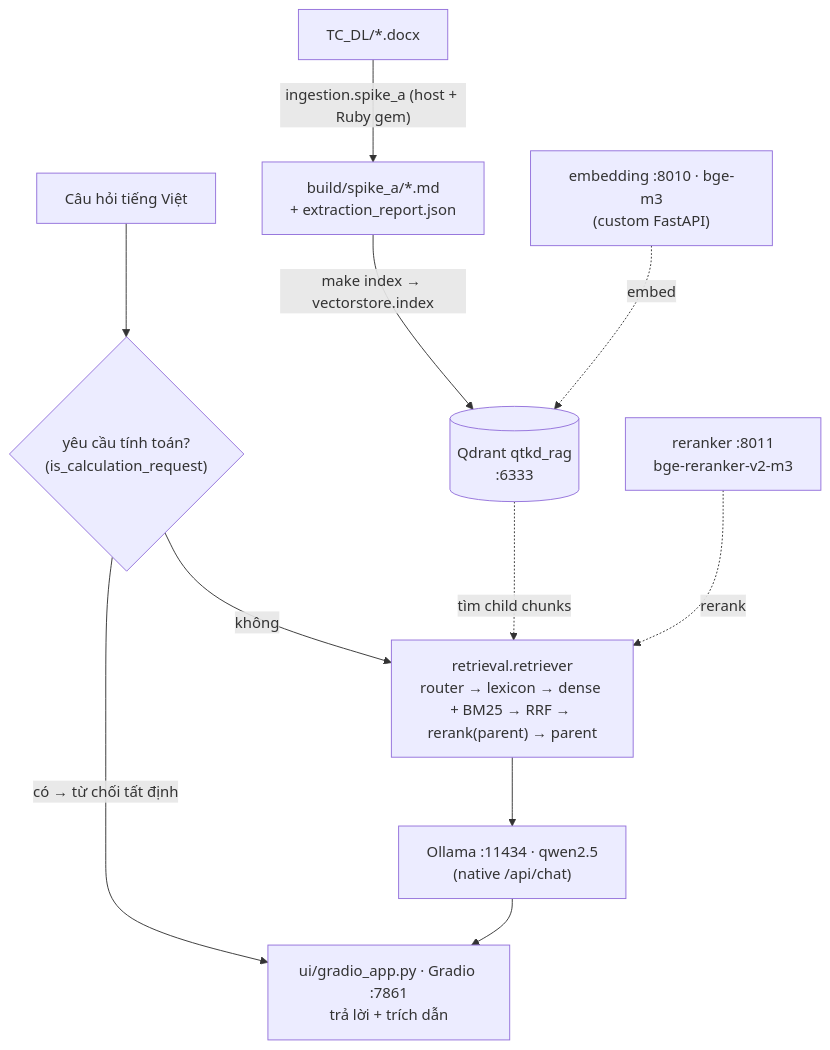
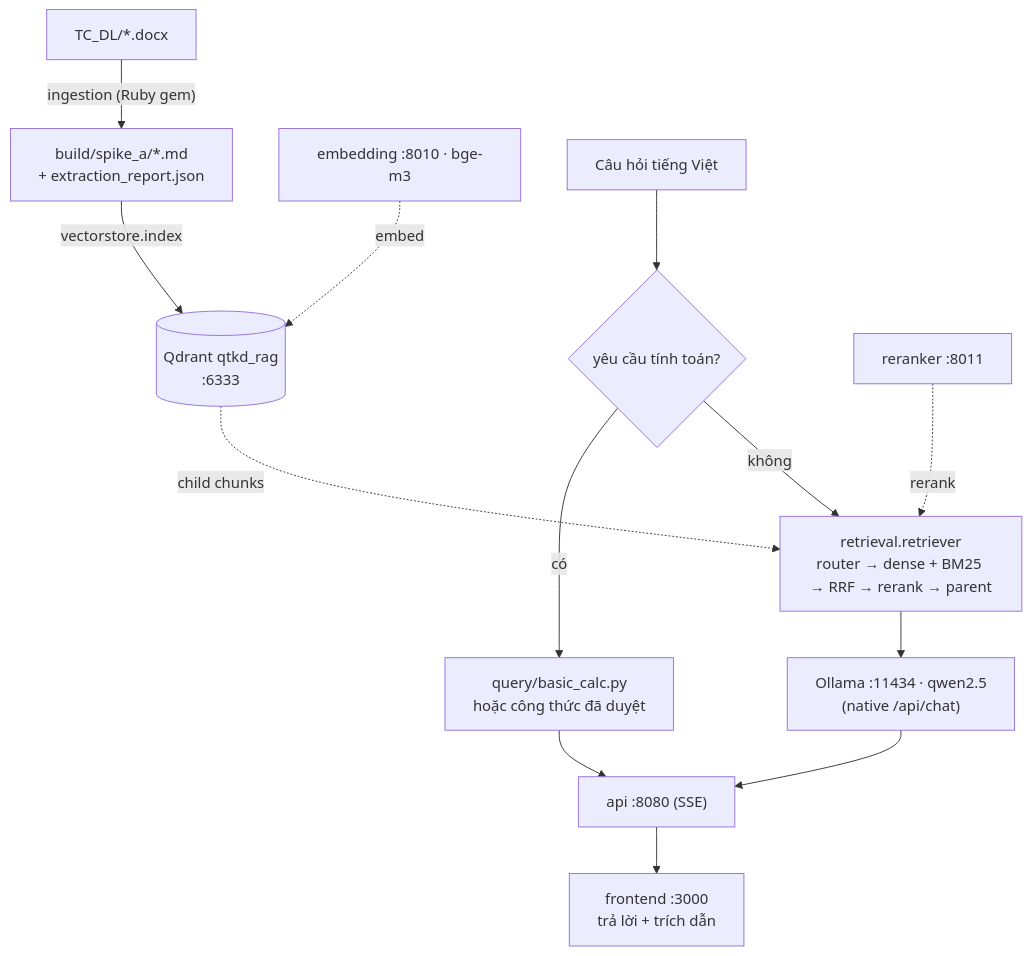
The diagram in README.md (justtuananh/RAG-TC-DL), drawn with Mermaid before and after one commit. The commit also changed other lines of this file and 3 other files, not shown here.

Commit message:
docs: cập nhật README; thêm bộ 500 câu hỏi kiểm tra tài liệu

````diff
--- a/README.md
+++ b/README.md
@@ -214,13 +276,15 @@
 ```mermaid
 flowchart TB
-    D["TC_DL/*.docx"] -->|"ingestion.spike_a (host + Ruby gem)"| MD["build/spike_a/*.md<br/>+ extraction_report.json"]
-    MD -->|"make index → vectorstore.index"| QD[("Qdrant qtkd_rag<br/>:6333")]
-    EMB["embedding :8010 · bge-m3<br/>(custom FastAPI)"] -. embed .-> QD
-    Q["Câu hỏi tiếng Việt"] --> GUARD{"yêu cầu tính toán?<br/>(is_calculation_request)"}
-    GUARD -->|"có → từ chối tất định"| APP
-    GUARD -->|"không"| RET["retrieval.retriever<br/>router → lexicon → dense + BM25 → RRF → rerank(parent) → parent"]
-    QD -. "tìm child chunks" .-> RET
-    RK["reranker :8011<br/>bge-reranker-v2-m3"] -. rerank .-> RET
+    D["TC_DL/*.docx"] -->|"ingestion (Ruby gem)"| MD["build/spike_a/*.md<br/>+ extraction_report.json"]
+    MD -->|"vectorstore.index"| QD[("Qdrant qtkd_rag<br/>:6333")]
+    EMB["embedding :8010 · bge-m3"] -. embed .-> QD
+    Q["Câu hỏi tiếng Việt"] --> GUARD{"yêu cầu tính toán?"}
+    GUARD -->|"có"| CALC["query/basic_calc.py<br/>hoặc công thức đã duyệt"]
+    GUARD -->|"không"| RET["retrieval.retriever<br/>router → dense + BM25 → RRF → rerank → parent"]
+    QD -. "child chunks" .-> RET
+    RK["reranker :8011"] -. rerank .-> RET
     RET --> OL["Ollama :11434 · qwen2.5<br/>(native /api/chat)"]
-    OL --> APP["ui/gradio_app.py · Gradio :7861<br/>trả lời + trích dẫn"]
+    OL --> API["api :8080 (SSE)"]
+    CALC --> API
+    API --> FE["frontend :3000<br/>trả lời + trích dẫn"]
 ```
````
